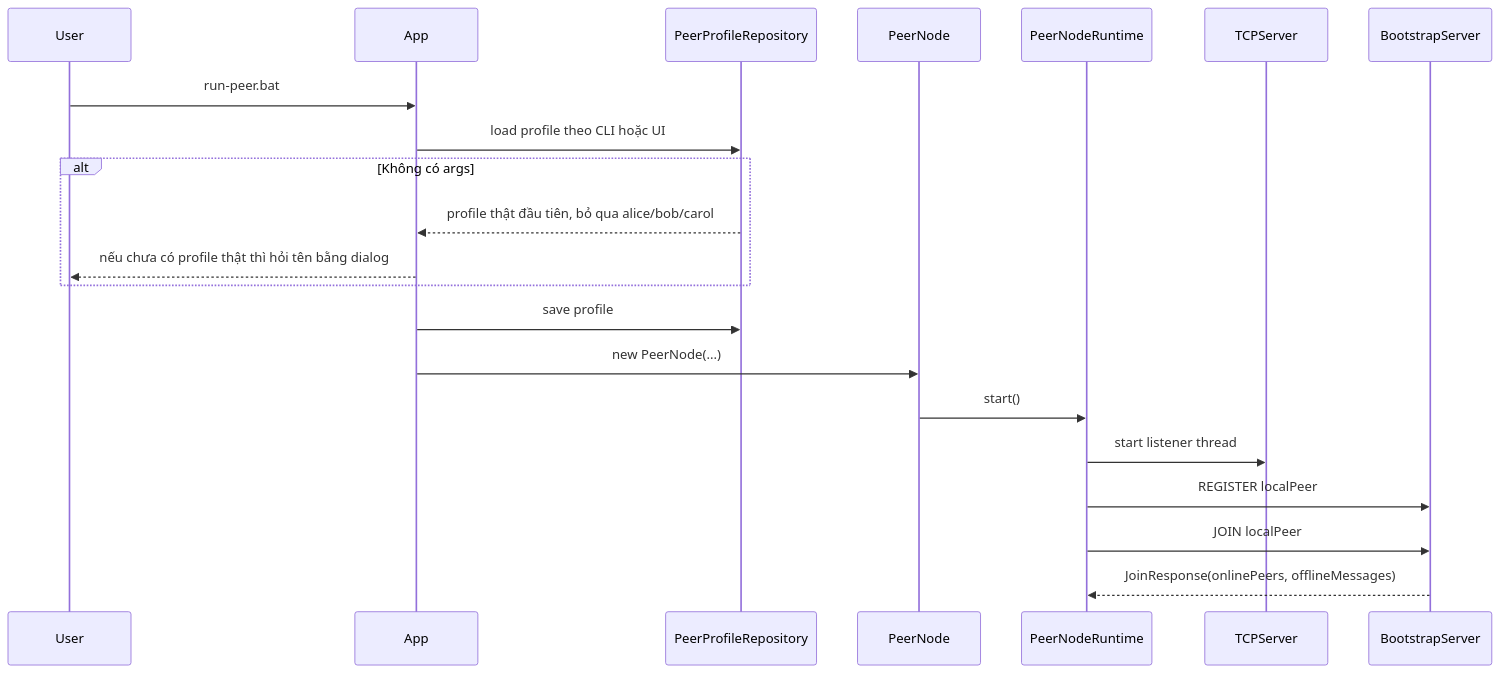
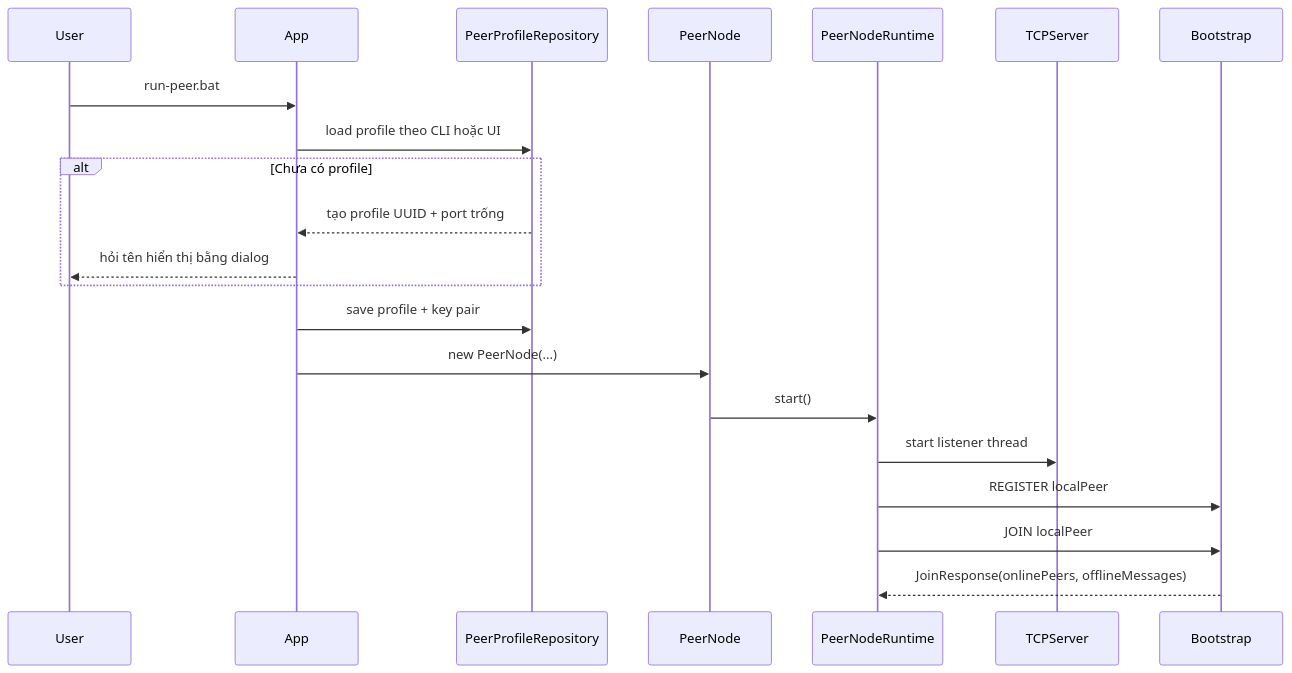
The second of 4 diagrams in docs/nop-bai/02_bao_cao_kien_truc_he_thong.md (dungcony/p2p), drawn with Mermaid before and after one commit. The commit also changed other lines of this file and 14 other files, not shown here.

````diff
--- a/docs/nop-bai/02_bao_cao_kien_truc_he_thong.md
+++ b/docs/nop-bai/02_bao_cao_kien_truc_he_thong.md
@@ -93,24 +134,24 @@
 ```mermaid
 sequenceDiagram
     participant U as User
     participant App
     participant Repo as PeerProfileRepository
     participant Node as PeerNode
     participant Runtime as PeerNodeRuntime
     participant TCP as TCPServer
-    participant BS as BootstrapServer
+    participant BS as Bootstrap
 
     U->>App: run-peer.bat
     App->>Repo: load profile theo CLI hoặc UI
-    alt Không có args
-        Repo-->>App: profile thật đầu tiên, bỏ qua alice/bob/carol
-        App-->>U: nếu chưa có profile thật thì hỏi tên bằng dialog
+    alt Chưa có profile
+        Repo-->>App: tạo profile UUID + port trống
+        App-->>U: hỏi tên hiển thị bằng dialog
     end
-    App->>Repo: save profile
+    App->>Repo: save profile + key pair
     App->>Node: new PeerNode(...)
     Node->>Runtime: start()
     Runtime->>TCP: start listener thread
     Runtime->>BS: REGISTER localPeer
     Runtime->>BS: JOIN localPeer
     BS-->>Runtime: JoinResponse(onlinePeers, offlineMessages)
 ```
````
